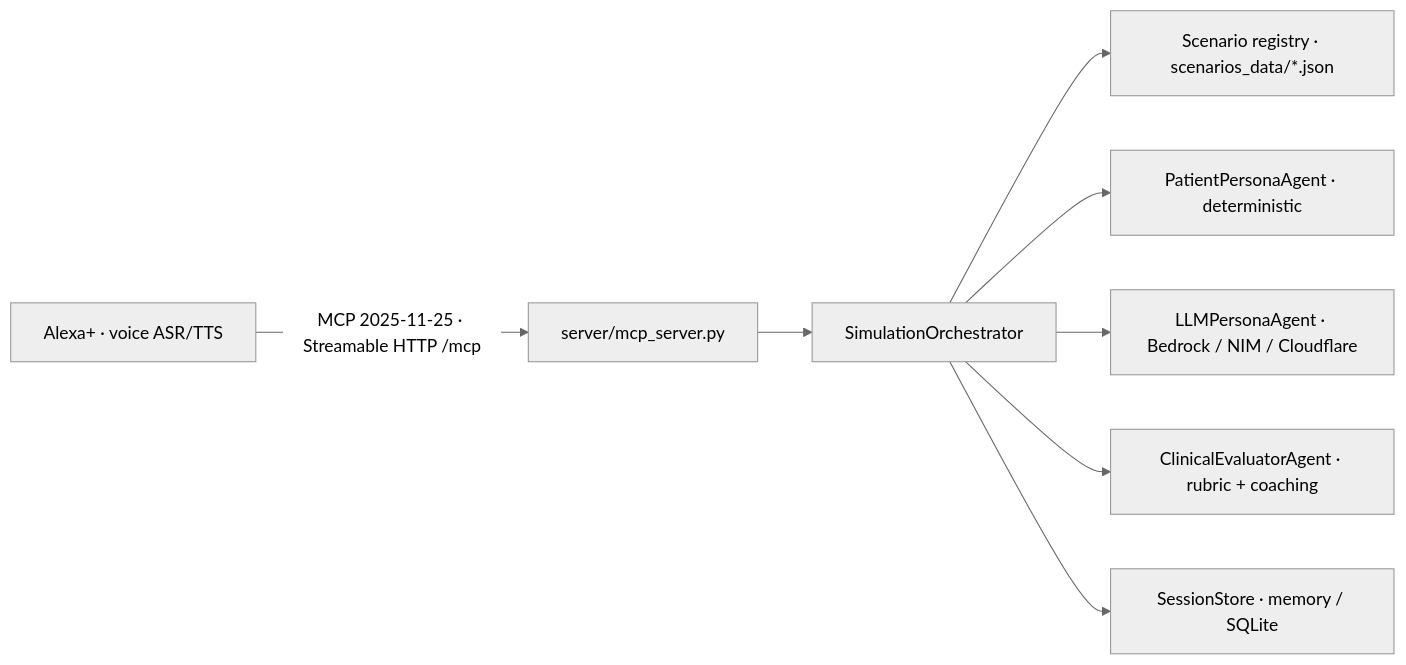
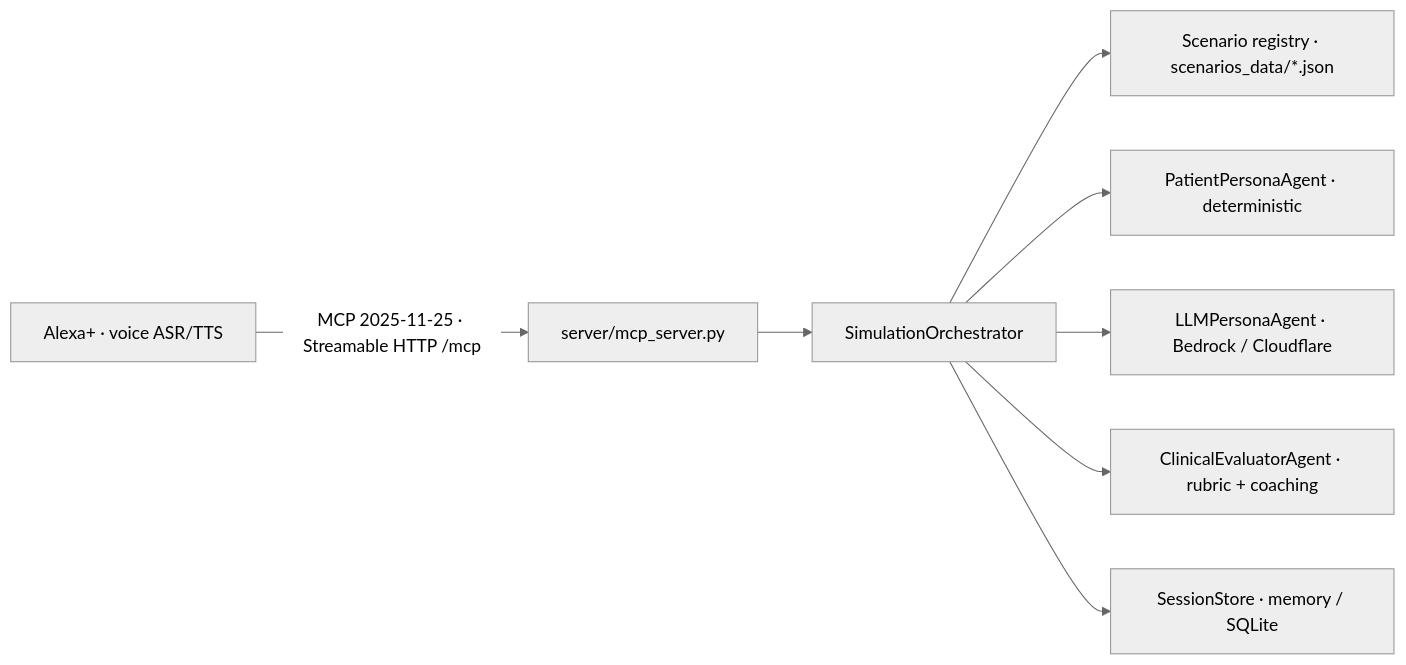
One commit to daggerstuff/alexa-submit changed the diagram in README.md. Above: the diagram before and after it, drawn with Mermaid (neutral theme). The commit also changed other lines of this file and 4 other files, not shown here.

````diff
--- a/README.md
+++ b/README.md
@@ -25,10 +25,10 @@
 ```mermaid
 flowchart LR
     A["Alexa+ · voice ASR/TTS"] -->|"MCP 2025-11-25 · Streamable HTTP /mcp"| M["server/mcp_server.py"]
     M --> O["SimulationOrchestrator"]
     O --> S["Scenario registry · scenarios_data/*.json"]
     O --> P["PatientPersonaAgent · deterministic"]
-    O --> L["LLMPersonaAgent · Bedrock / NIM / Cloudflare"]
+    O --> L["LLMPersonaAgent · Bedrock / Cloudflare"]
     O --> E["ClinicalEvaluatorAgent · rubric + coaching"]
     O --> D["SessionStore · memory / SQLite"]
 ```
````
